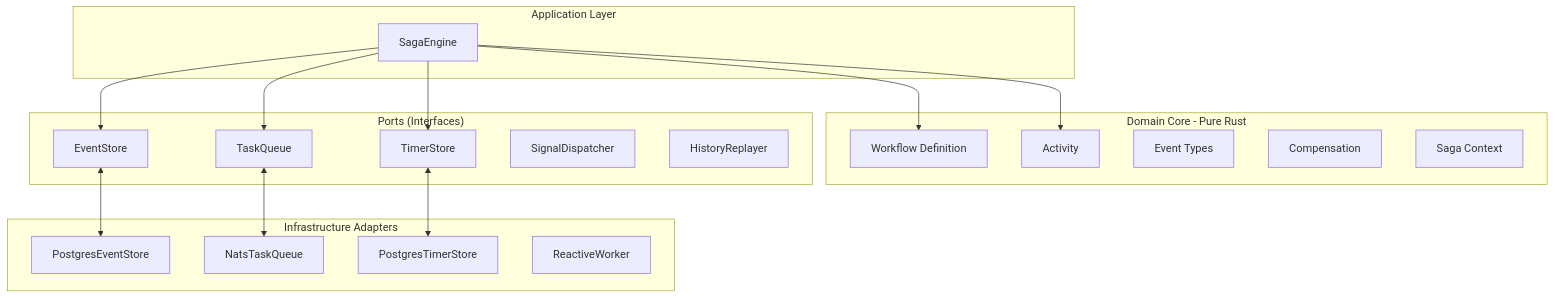
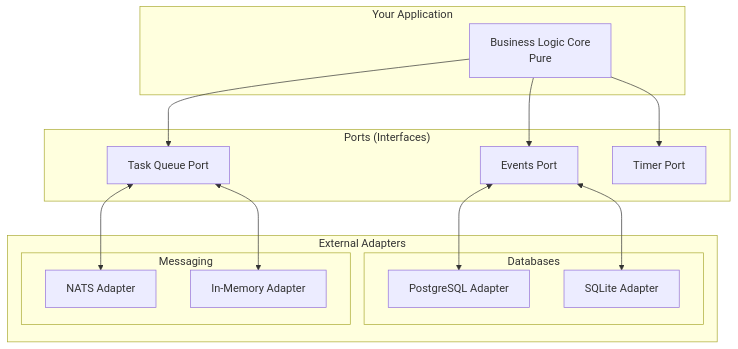
The fifth of 20 diagrams in docs/manuales/SAGA_ENGINE_DEVELOPER_MANUAL_en.md (Rubentxu/hodei-jobs), drawn with Mermaid before and after one commit. The commit also changed other lines of this file and 7 other files, not shown here.

First line of the commit message:
docs(saga-engine): enhance manuals with beginner-friendly tutorials

````diff
--- a/docs/manuales/SAGA_ENGINE_DEVELOPER_MANUAL_en.md
+++ b/docs/manuales/SAGA_ENGINE_DEVELOPER_MANUAL_en.md
@@ -21,39 +235,33 @@
 ```mermaid
-graph TB
-    subgraph "Application Layer"
-        A[SagaEngine]
-    end
-    
-    subgraph "Domain Core - Pure Rust"
-        D1[Workflow Definition]
-        D2[Activity]
-        D3[Event Types]
-        D4[Compensation]
-        D5[Saga Context]
+flowchart TB
+    subgraph "Your Application"
+        NN[Business Logic Core<br/>Pure]
     end
     
     subgraph "Ports (Interfaces)"
-        P1[EventStore]
-        P2[TaskQueue]
-        P3[TimerStore]
-        P4[SignalDispatcher]
-        P5[HistoryReplayer]
+        P1[Events Port]
+        P2[Task Queue Port]
+        P3[Timer Port]
     end
     
-    subgraph "Infrastructure Adapters"
-        I1[PostgresEventStore]
-        I2[NatsTaskQueue]
-        I3[PostgresTimerStore]
-        I4[ReactiveWorker]
+    subgraph "External Adapters"
+        subgraph "Databases"
+            A1[PostgreSQL Adapter]
+            A2[SQLite Adapter]
+        end
+        
+        subgraph "Messaging"
+            A3[NATS Adapter]
+            A4[In-Memory Adapter]
+        end
     end
     
-    A --> D1
-    A --> D2
-    A --> P1
-    A --> P2
-    A --> P3
+    NN --> P1
+    NN --> P2
+    NN --> P3
     
-    P1 <--> I1
-    P2 <--> I2
-    P3 <--> I3
+    P1 <--> A1
+    P1 <--> A2
+    P2 <--> A3
+    P2 <--> A4
 ```
````
